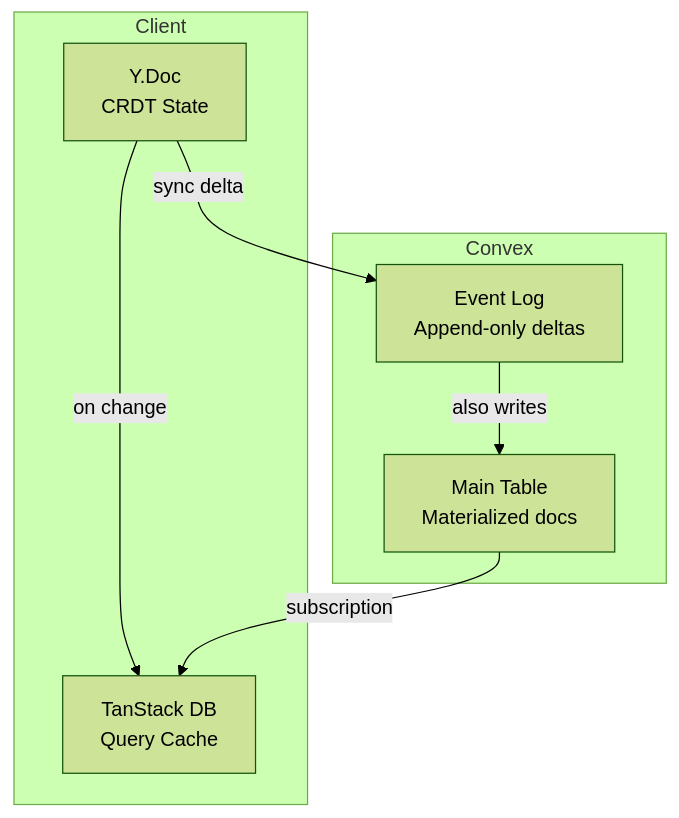
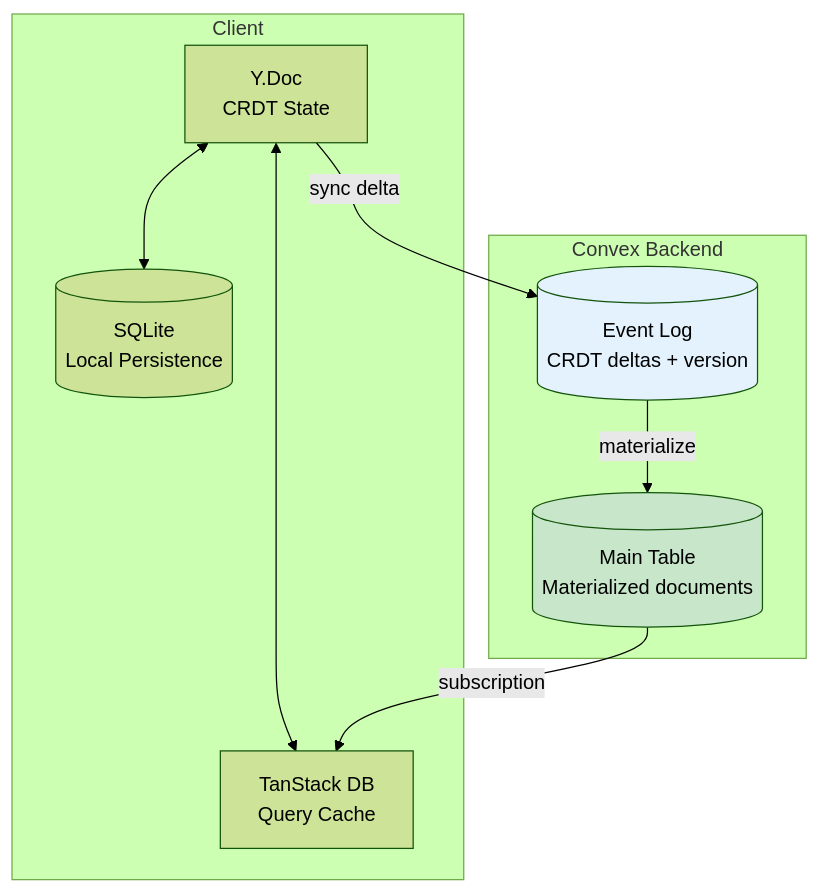
One commit to robelest/robelest changed the second of 5 diagrams in journal/2024-12-17-replicate-local-first.md. Above: the diagram before and after it, drawn with Mermaid (forest theme). The commit also changed other lines of this file, not shown here.

````diff
--- a/journal/2024-12-17-replicate-local-first.md
+++ b/journal/2024-12-17-replicate-local-first.md
@@ -345,17 +1402,22 @@
 ```mermaid
 flowchart TB
     subgraph CLIENT["Client"]
         YDOC[Y.Doc<br/>CRDT State]
         TANSTACK[TanStack DB<br/>Query Cache]
+        LOCAL[(SQLite<br/>Local Persistence)]
     end
 
-    subgraph SERVER["Convex"]
-        EVENTS[Event Log<br/>Append-only deltas]
-        MATERIAL[Main Table<br/>Materialized docs]
+    subgraph CONVEX["Convex Backend"]
+        EVENTS[(Event Log<br/>CRDT deltas + version)]
+        MATERIAL[(Main Table<br/>Materialized documents)]
     end
 
-    YDOC -->|"on change"| TANSTACK
+    YDOC <--> TANSTACK
+    YDOC <--> LOCAL
     YDOC -->|"sync delta"| EVENTS
-    EVENTS -->|"also writes"| MATERIAL
+    EVENTS -->|"materialize"| MATERIAL
     MATERIAL -->|"subscription"| TANSTACK
+
+    style EVENTS fill:#e3f2fd
+    style MATERIAL fill:#c8e6c9
 ```
````
